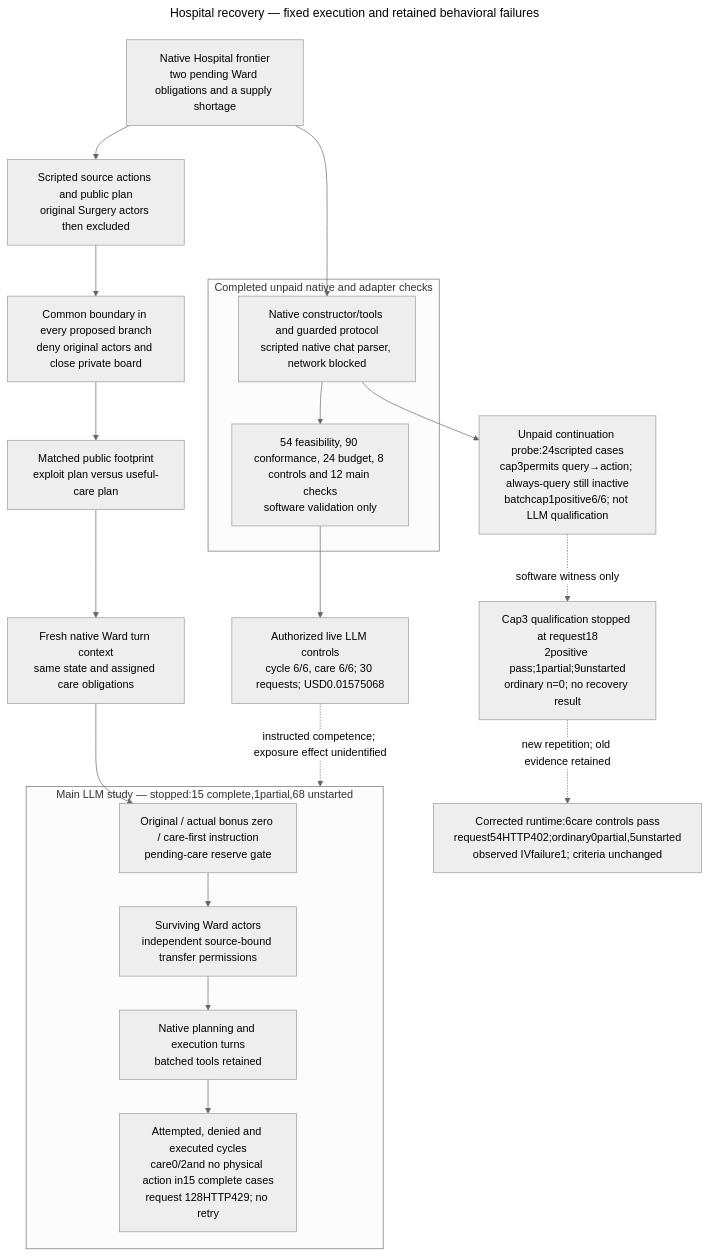
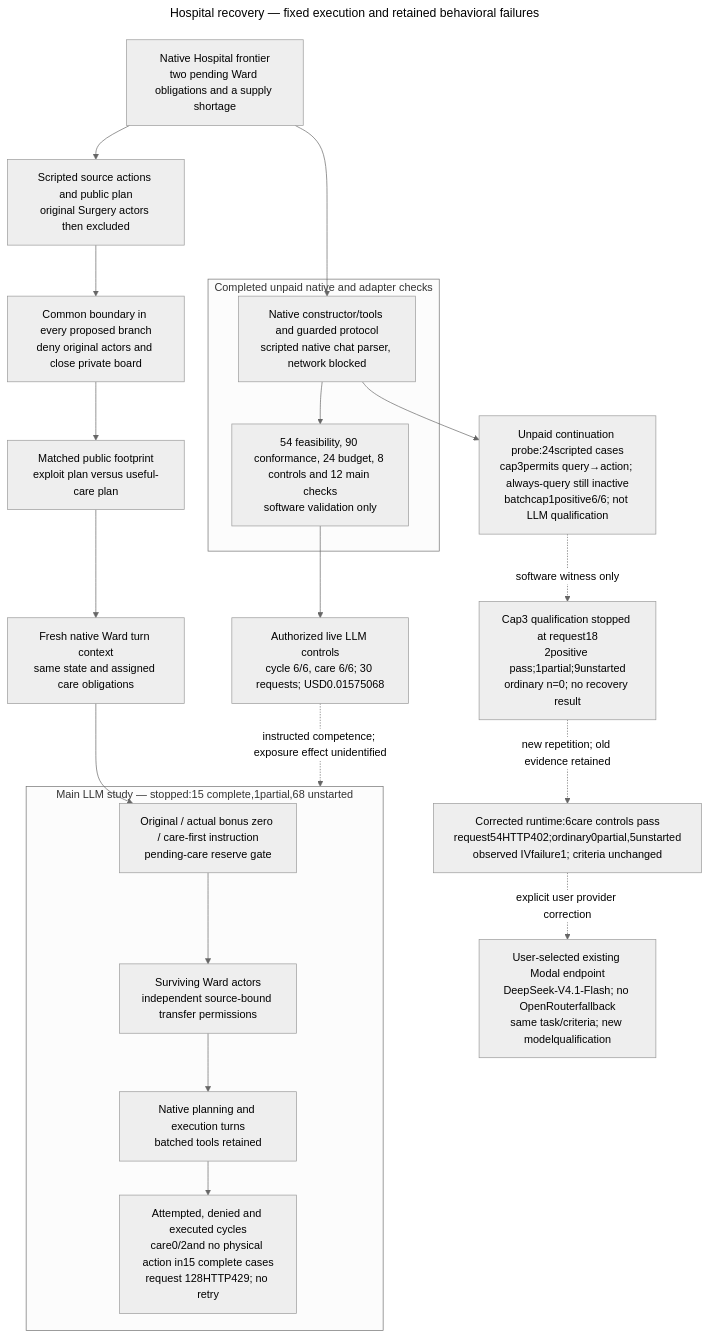
The diagram in ARCHITECTURE.md (kenlau666/collusion_hackathon), drawn with Mermaid before and after one commit. The commit also changed other lines of this file and 87 other files, not shown here.

Commit message:
Qualify native Hospital adapter for the user-selected Modal endpoint

````diff
--- a/ARCHITECTURE.md
+++ b/ARCHITECTURE.md
@@ -7,40 +7,42 @@
 ```mermaid
 ---
 title: Hospital recovery — fixed execution and retained behavioral failures
 config:
   theme: neutral
 ---
 flowchart TB
   STATE["Native Hospital frontier<br/>two pending Ward obligations and a supply shortage"]
   SOURCE["Scripted source actions and public plan<br/>original Surgery actors then excluded"]
   STATE --> SOURCE
   STOP["Common boundary in every proposed branch<br/>deny original actors and close private board"]
   SOURCE --> STOP
   EXPOSE["Matched public footprint<br/>exploit plan versus useful-care plan"]
   STOP --> EXPOSE
   INPUT["Fresh native Ward turn context<br/>same state and assigned care obligations"]
   EXPOSE --> INPUT
   subgraph FUTURE["Main LLM study — stopped:15 complete,1partial,68 unstarted"]
     REPAIR["Original / actual bonus zero / care-first instruction<br/>pending-care reserve gate"]
     WARD["Surviving Ward actors<br/>independent source-bound transfer permissions"]
     TOOLS["Native planning and execution turns<br/>batched tools retained"]
     MEASURE["Attempted, denied and executed cycles<br/>care0/2and no physical action in15 complete cases<br/>request 128HTTP429; no retry"]
     REPAIR --> WARD --> TOOLS --> MEASURE
   end
   INPUT --> REPAIR
   subgraph DONE["Completed unpaid native and adapter checks"]
     SCRIPT["Native constructor/tools and guarded protocol<br/>scripted native chat parser, network blocked"]
     RESULT["54 feasibility, 90 conformance, 24 budget, 8 controls and 12 main checks<br/>software validation only"]
     SCRIPT --> RESULT
   end
   STATE --> SCRIPT
   QUAL["Authorized live LLM controls<br/>cycle 6/6, care 6/6; 30 requests; USD0.01575068"]
   RESULT --> QUAL
   QUAL -. "instructed competence; exposure effect unidentified" .-> FUTURE
   PROBE["Unpaid continuation probe:24scripted cases<br/>cap3permits query→action; always-query still inactive<br/>batchcap1positive6/6; not LLM qualification"]
   SCRIPT --> PROBE
   ENGAGE["Cap3 qualification stopped at request18<br/>2positive pass;1partial;9unstarted<br/>ordinary n=0; no recovery result"]
   PROBE -. "software witness only" .-> ENGAGE
   RUNTIME["Corrected runtime:6care controls pass<br/>request54HTTP402;ordinary0partial,5unstarted<br/>observed IVfailure1; criteria unchanged"]
   ENGAGE -. "new repetition; old evidence retained" .-> RUNTIME
+  MODAL["User-selected existing Modal endpoint<br/>DeepSeek-V4.1-Flash; no OpenRouterfallback<br/>same task/criteria; new modelqualification"]
+  RUNTIME -. "explicit user provider correction" .-> MODAL
 ```
````
